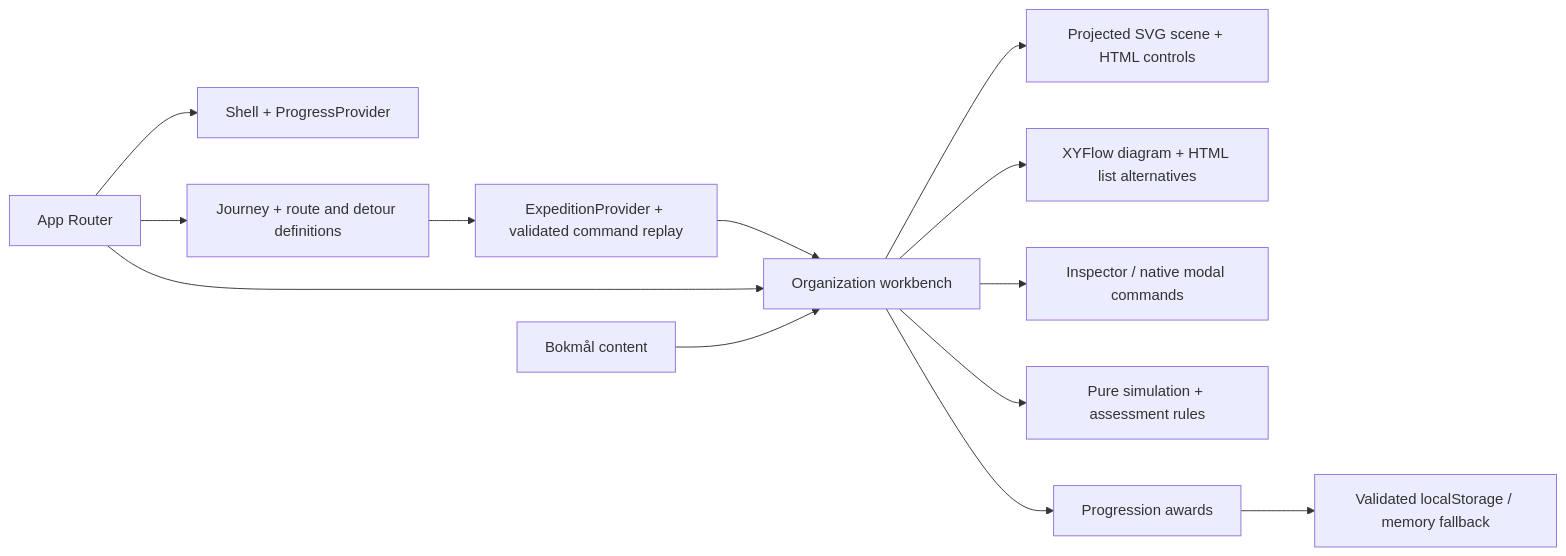
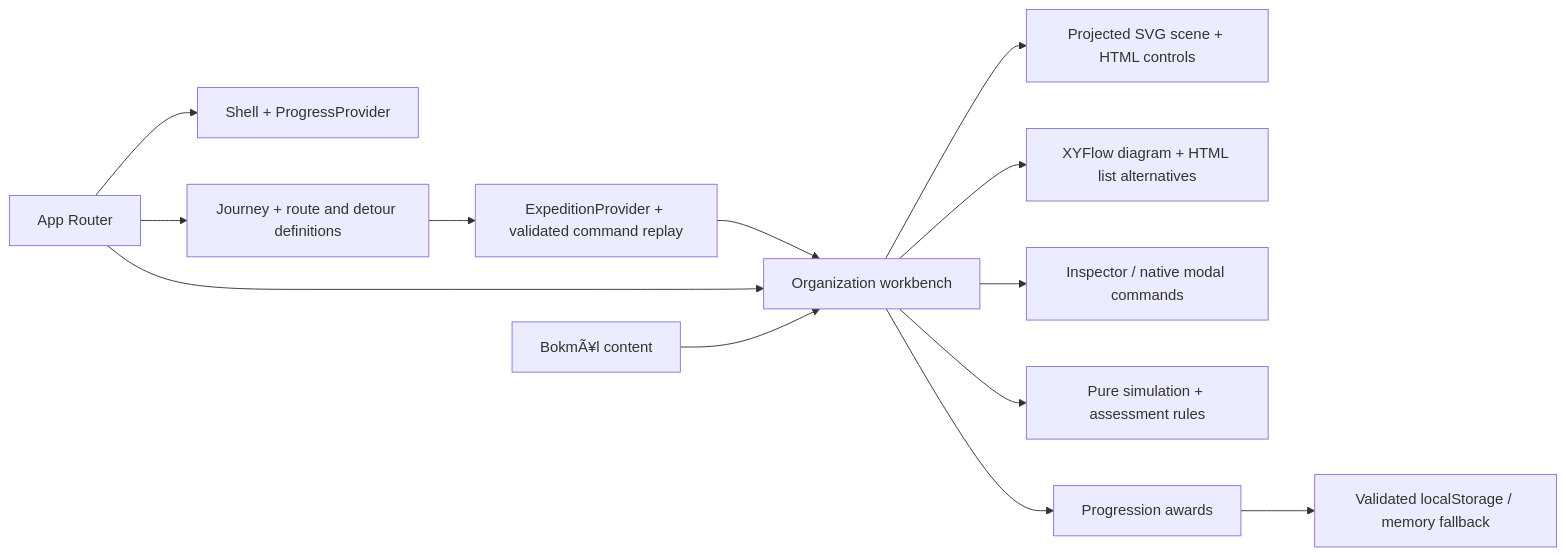
The diagram in docs/ARCHITECTURE.md (EspzY/Azure-learner), drawn with Mermaid before and after one commit. The commit also changed other lines of this file and 186 other files, not shown here.

````diff
--- a/docs/ARCHITECTURE.md
+++ b/docs/ARCHITECTURE.md
@@ -65,15 +75,15 @@
 ```mermaid
 flowchart LR
   Pages[App Router] --> Shell[Shell + ProgressProvider]
   Pages --> Journey[Journey + route and detour definitions]
   Journey --> Shared[ExpeditionProvider + validated command replay]
   Shared --> Workbench
   Pages --> Workbench[Organization workbench]
   Workbench --> Scene[Projected SVG scene + HTML controls]
   Workbench --> Graph[XYFlow diagram + HTML list alternatives]
   Workbench --> Commands[Inspector / native modal commands]
   Workbench --> Rules[Pure simulation + assessment rules]
   Workbench --> Awards[Progression awards]
   Awards --> Storage[Validated localStorage / memory fallback]
-  Copy[Bokmål content] --> Workbench
+  Copy[BokmÃ¥l content] --> Workbench
 ```
````
